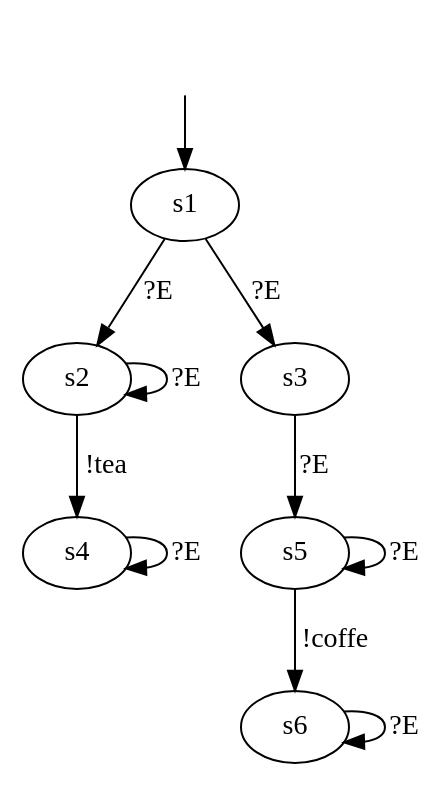
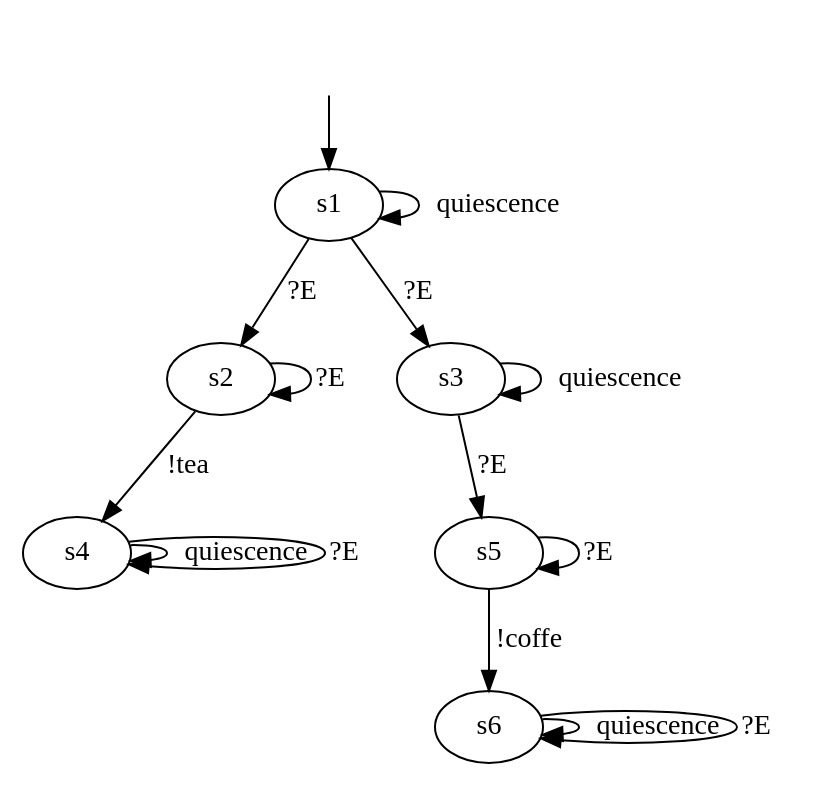
One commit to haubitzer/AALpy changed the diagram in DotModels/Iolts/05_iolts.dot. Above: the diagram before and after it, drawn with Graphviz. The commit also changed 20 other files, not shown here.

```diff
--- a/DotModels/Iolts/05_iolts.dot
+++ b/DotModels/Iolts/05_iolts.dot
@@ -1,25 +1,23 @@
-digraph learnedModel {
+digraph "../../DotModels/Iolts/05_iolts.dot" {
 s1 [label=s1];
 s2 [label=s2];
 s3 [label=s3];
 s4 [label=s4];
 s5 [label=s5];
 s6 [label=s6];
-
-
+s1 -> s1  [label=quiescence];
+s1 -> s3  [label="?E"];
 s1 -> s2  [label="?E"];
-s1 -> s3  [label="?E"];
-
 s2 -> s2  [label="?E"];
 s2 -> s4  [label="!tea"];
+s3 -> s3  [label=quiescence];
+s3 -> s5  [label="?E"];
+s4 -> s4  [label=quiescence];
 s4 -> s4  [label="?E"];
-
-s3 -> s5  [label="?E"];
 s5 -> s6  [label="!coffe"];
 s5 -> s5  [label="?E"];
-
+s6 -> s6  [label=quiescence];
 s6 -> s6  [label="?E"];
-
 __start0 [label="", shape=none];
 __start0 -> s1  [label=""];
 }
```
